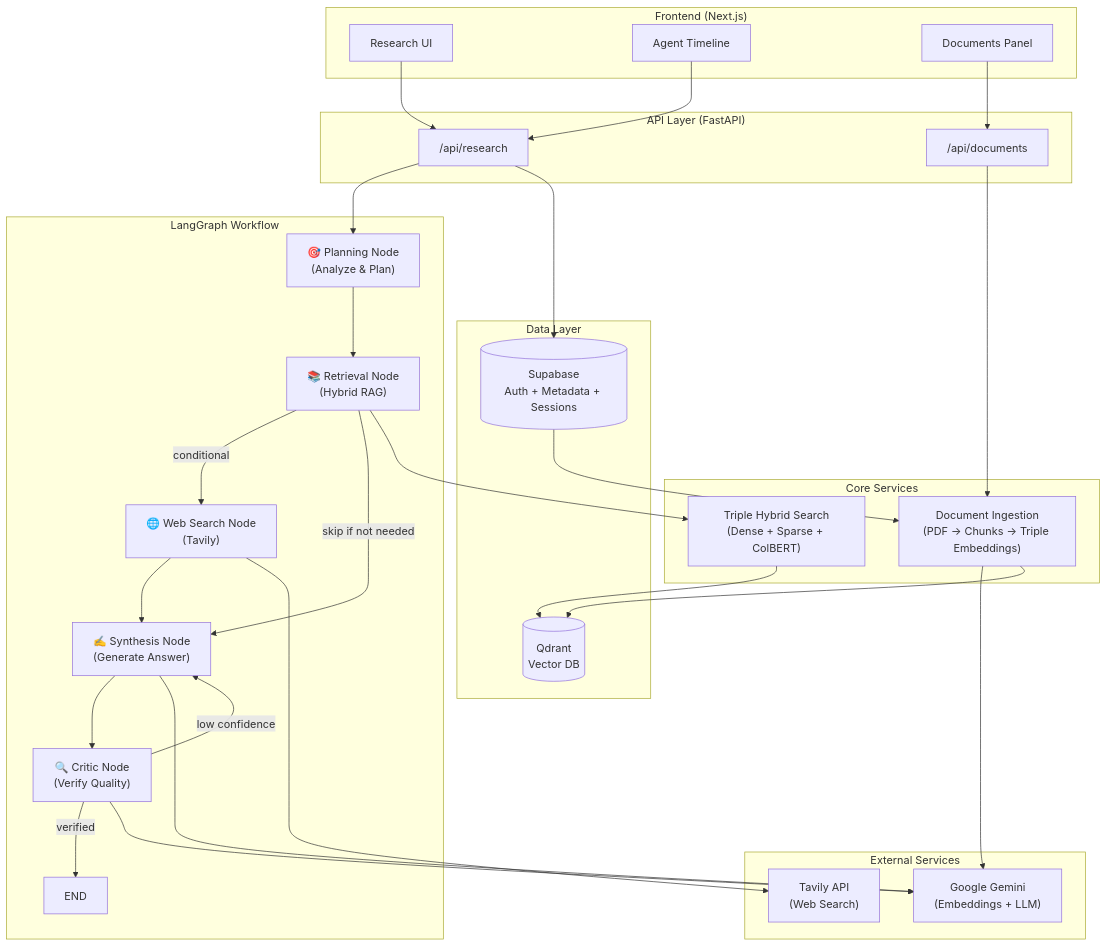
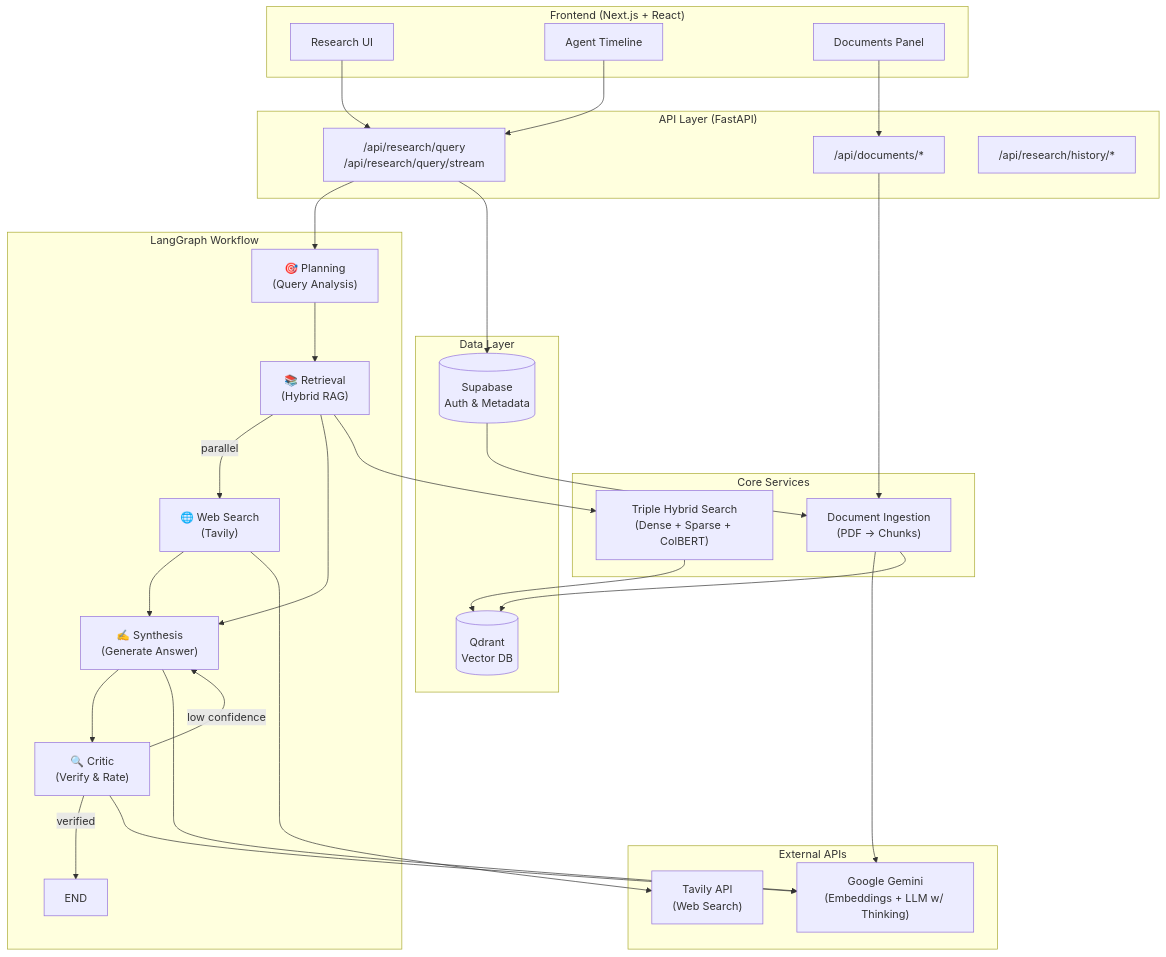
One commit to thornxyz/revera changed the diagram in README.md. Above: the diagram before and after it, drawn with Mermaid. The commit also changed other lines of this file and 15 other files, not shown here.

````diff
--- a/README.md
+++ b/README.md
@@ -17,63 +7,64 @@
 ```mermaid
 flowchart TB
-    subgraph Frontend["Frontend (Next.js)"]
+    subgraph Frontend["Frontend (Next.js + React)"]
         UI[Research UI]
         Timeline[Agent Timeline]
         DocPanel[Documents Panel]
     end
 
     subgraph API["API Layer (FastAPI)"]
-        Research["/api/research"]
-        Documents["/api/documents"]
+        ResearchAPI["/api/research/query<br/>/api/research/query/stream"]
+        DocumentsAPI["/api/documents/*"]
+        HistoryAPI["/api/research/history/*"]
     end
 
     subgraph LangGraph["LangGraph Workflow"]
-        Planner["🎯 Planning Node<br/>(Analyze & Plan)"]
-        Retrieval["📚 Retrieval Node<br/>(Hybrid RAG)"]
-        WebSearch["🌐 Web Search Node<br/>(Tavily)"]
-        Synthesis["✍️ Synthesis Node<br/>(Generate Answer)"]
-        Critic["🔍 Critic Node<br/>(Verify Quality)"]
+        Planner["🎯 Planning<br/>(Query Analysis)"]
+        Retrieval["📚 Retrieval<br/>(Hybrid RAG)"]
+        WebSearch["🌐 Web Search<br/>(Tavily)"]
+        Synthesis["✍️ Synthesis<br/>(Generate Answer)"]
+        Critic["🔍 Critic<br/>(Verify & Rate)"]
         
         Planner --> Retrieval
-        Retrieval -->|conditional| WebSearch
-        Retrieval -->|skip if not needed| Synthesis
+        Retrieval -->|parallel| WebSearch
+        Retrieval --> Synthesis
         WebSearch --> Synthesis
         Synthesis --> Critic
         Critic -->|low confidence| Synthesis
         Critic -->|verified| End[END]
     end
 
     subgraph Services["Core Services"]
-        Ingestion["Document Ingestion<br/>(PDF → Chunks → Triple Embeddings)"]
-        HybridSearch["Triple Hybrid Search<br/>(Dense + Sparse + ColBERT)"]
+        Ingestion["Document Ingestion<br/>(PDF → Chunks)"]
+        HybridRAG["Triple Hybrid Search<br/>(Dense + Sparse + ColBERT)"]
     end
 
-    subgraph External["External Services"]
-        Gemini["Google Gemini<br/>(Embeddings + LLM)"]
+    subgraph External["External APIs"]
+        Gemini["Google Gemini<br/>(Embeddings + LLM w/ Thinking)"]
         Tavily["Tavily API<br/>(Web Search)"]
     end
 
     subgraph Data["Data Layer"]
-        Supabase[(Supabase<br/>Auth + Metadata + Sessions)]
+        Supabase[(Supabase<br/>Auth & Metadata)]
         Qdrant[(Qdrant<br/>Vector DB)]
     end
 
-    UI --> Research
-    DocPanel --> Documents
-    Timeline --> Research
+    UI --> ResearchAPI
+    DocPanel --> DocumentsAPI
+    Timeline --> ResearchAPI
     
-    Research --> Planner
-    Documents --> Ingestion
+    ResearchAPI --> Planner
+    DocumentsAPI --> Ingestion
     
-    Retrieval --> HybridSearch
+    Retrieval --> HybridRAG
     WebSearch --> Tavily
     
-    HybridSearch --> Qdrant
+    HybridRAG --> Qdrant
     Ingestion --> Gemini
     Ingestion --> Qdrant
     Synthesis --> Gemini
     Critic --> Gemini
     
     Supabase --> Ingestion
-    Research --> Supabase
+    ResearchAPI --> Supabase
 ```
````
